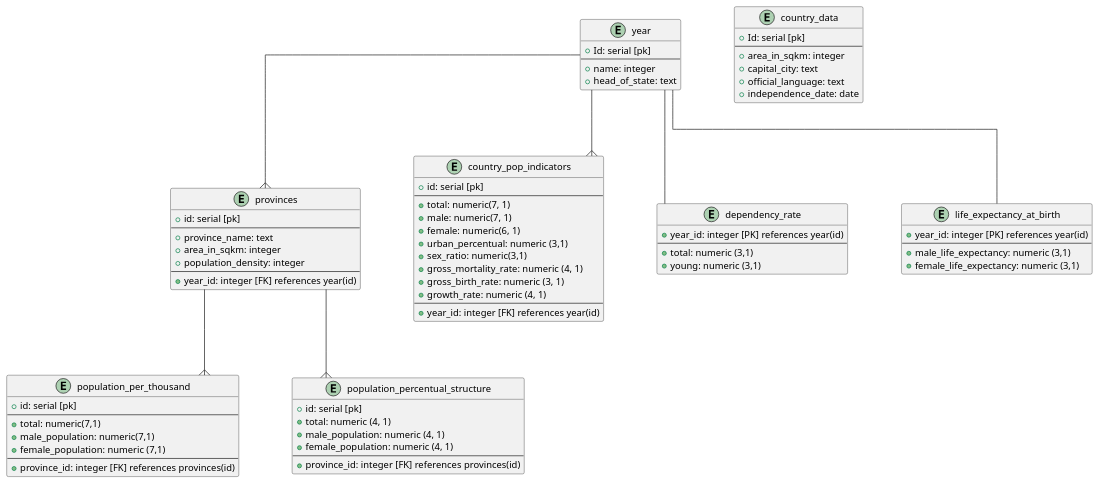
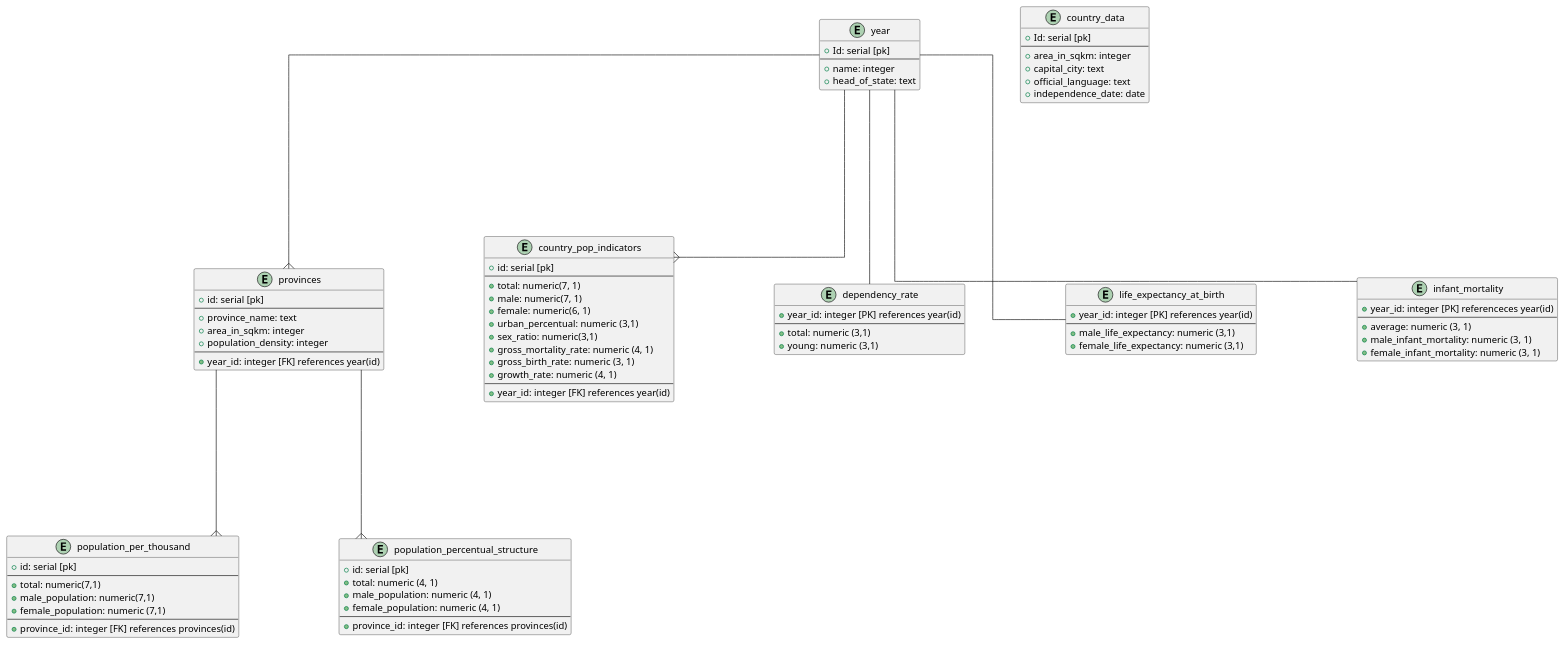
The diagram in dbschema.puml (therakius/moz-demog-api), drawn with PlantUML before and after one commit.

Commit message:
created table 'infant_mortality'

```diff
--- a/dbschema.puml
+++ b/dbschema.puml
@@ -1,97 +1,106 @@
 @startuml moz_database
 skinparam {
-    Nodesep 80
-    Ranksep 80
+    Nodesep 150
+    Ranksep 200
     Linetype ortho
 }
 
 skinparam entity {
     BackgroundColor LightBlue
     FontSize 14
     ArrowThickness 1
 }
 
 entity year {
     + Id: serial [pk]
     --
     + name: integer
     + head_of_state: text
 }
 
 entity country_data {
     + Id: serial [pk]
     --
     + area_in_sqkm: integer
     + capital_city: text
     + official_language: text
     + independence_date: date
 }
 
 entity provinces {
    + id: serial [pk]
    --
    + province_name: text
    + area_in_sqkm: integer
    + population_density: integer
    --
    + year_id: integer [FK] references year(id)
 }
 
 entity population_per_thousand{
     + id: serial [pk]
     --
     + total: numeric(7,1)
     + male_population: numeric(7,1)
     + female_population: numeric (7,1)
     --
     + province_id: integer [FK] references provinces(id)
 }
 
 entity population_percentual_structure {
     + id: serial [pk]
     + total: numeric (4, 1)
     + male_population: numeric (4, 1)
     + female_population: numeric (4, 1)
     --
     + province_id: integer [FK] references provinces(id)
 }
 
 
 entity country_pop_indicators {
     + id: serial [pk]
     --
     + total: numeric(7, 1)
     + male: numeric(7, 1)
     + female: numeric(6, 1)
     + urban_percentual: numeric (3,1)
     + sex_ratio: numeric(3,1)
     + gross_mortality_rate: numeric (4, 1)
     + gross_birth_rate: numeric (3, 1)
     + growth_rate: numeric (4, 1)
     --
     + year_id: integer [FK] references year(id)
 }
 
 entity dependency_rate {
     + year_id: integer [PK] references year(id)
     --
     + total: numeric (3,1)
     + young: numeric (3,1)
 }
 
 entity life_expectancy_at_birth {
     + year_id: integer [PK] references year(id)
     --
     + male_life_expectancy: numeric (3,1)
     + female_life_expectancy: numeric (3,1)
 }
 
+entity infant_mortality {
+    + year_id: integer [PK] referenceces year(id)
+    --
+    + average: numeric (3, 1)
+    + male_infant_mortality: numeric (3, 1)
+    + female_infant_mortality: numeric (3, 1) 
+}
+
 'relashionships:
 year --{ provinces
 provinces --{ population_per_thousand
 provinces --{ population_percentual_structure
 year -- life_expectancy_at_birth
 year --{ country_pop_indicators
 year -- dependency_rate
+year -- infant_mortality
 
 @enduml
```
